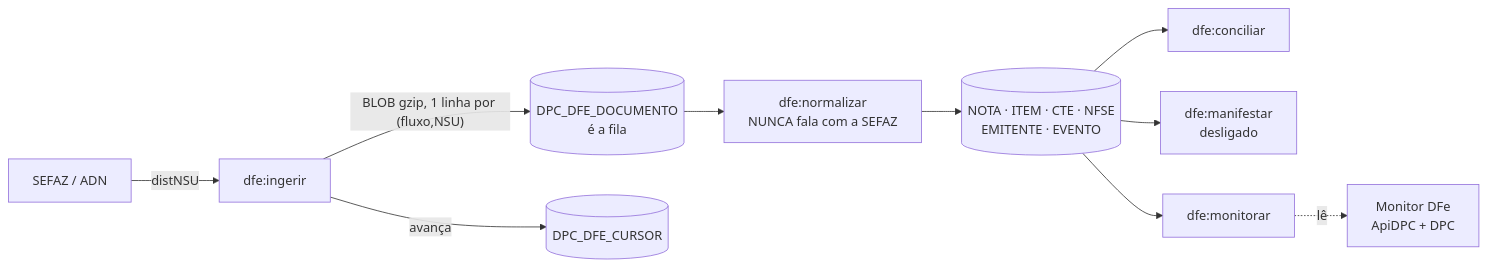
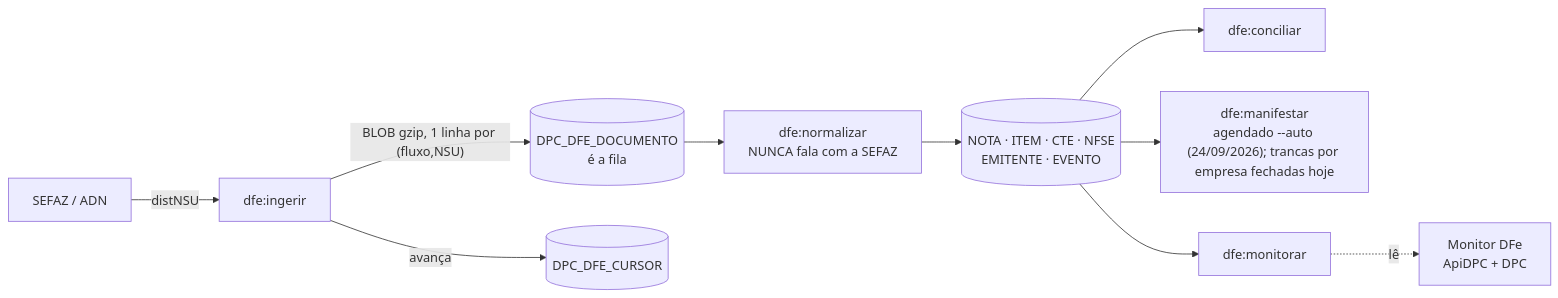
Before and after one commit to jbmchd/dpc-claude-folder: the diagram in docs/nfe_dfe/docs/03_conhecimento-motor.md, drawn with Mermaid. The commit also changed other lines of this file and 11 other files, not shown here.

````diff
--- a/docs/nfe_dfe/docs/03_conhecimento-motor.md
+++ b/docs/nfe_dfe/docs/03_conhecimento-motor.md
@@ -28,12 +28,12 @@
 ```mermaid
 flowchart LR
     S["SEFAZ / ADN"] -->|"distNSU"| I["dfe:ingerir"]
     I -->|"BLOB gzip, 1 linha por (fluxo,NSU)"| D[("DPC_DFE_DOCUMENTO<br/>é a fila")]
     I -->|"avança"| C[("DPC_DFE_CURSOR")]
     D --> N["dfe:normalizar<br/>NUNCA fala com a SEFAZ"]
     N --> T[("NOTA · ITEM · CTE · NFSE<br/>EMITENTE · EVENTO")]
     T --> K["dfe:conciliar"]
-    T --> M["dfe:manifestar<br/>desligado"]
+    T --> M["dfe:manifestar<br/>agendado --auto (24/09/2026); trancas por empresa fechadas hoje"]
     T --> V["dfe:monitorar"]
     V -.->|"lê"| TELA["Monitor DFe<br/>ApiDPC + DPC"]
 ```
````
